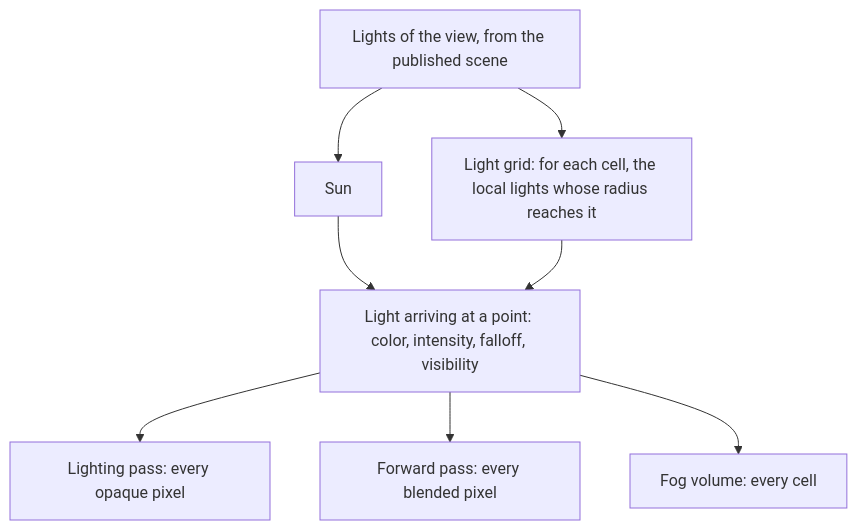
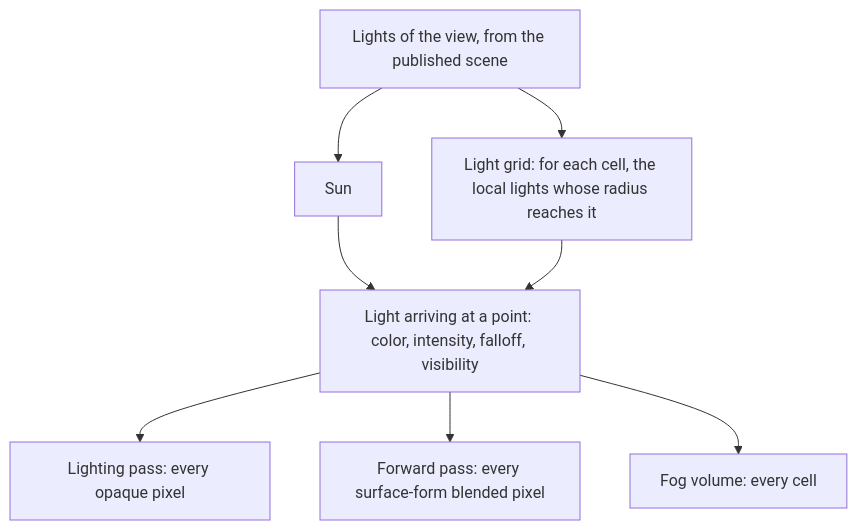
The second of 4 diagrams in docs/architecture/lighting.md (plainsight-systems/bullet-witch), drawn with Mermaid before and after one commit. The commit also changed other lines of this file and 13 other files, not shown here.

````diff
--- a/docs/architecture/lighting.md
+++ b/docs/architecture/lighting.md
@@ -102,10 +112,10 @@
 ```mermaid
 flowchart TD
     LS["Lights of the view, from the published scene"] --> SUN["Sun"]
     LS --> GR["Light grid: for each cell, the local lights whose radius reaches it"]
     SUN --> EV["Light arriving at a point: color, intensity, falloff, visibility"]
     GR --> EV
     EV --> LP["Lighting pass: every opaque pixel"]
-    EV --> FP["Forward pass: every blended pixel"]
+    EV --> FP["Forward pass: every surface-form blended pixel"]
     EV --> FG["Fog volume: every cell"]
 ```
````
